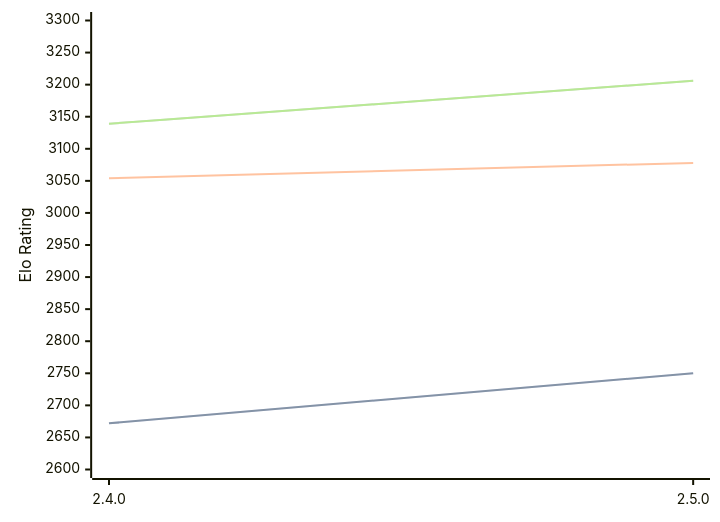
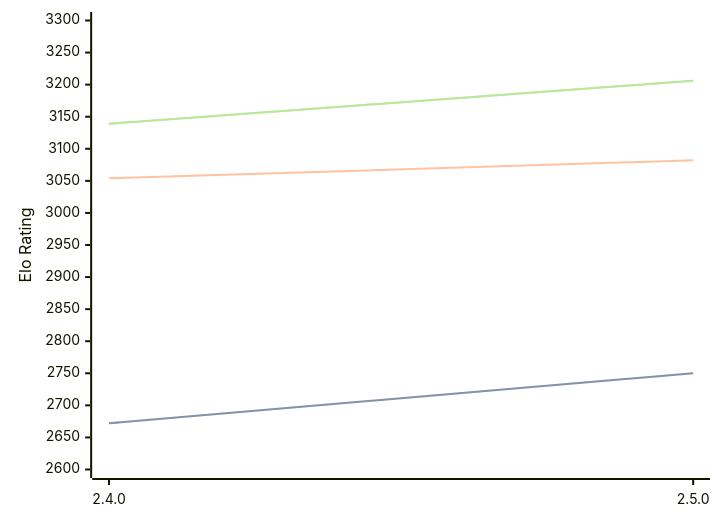
The diagram in engines/Sturddle2.md (computer-chess-index/cci), drawn with Mermaid before and after one commit. The commit also changed other lines of this file, not shown here.

````diff
--- a/engines/Sturddle2.md
+++ b/engines/Sturddle2.md
@@ -35,11 +35,11 @@
 ```mermaid
 %%{init: {"theme":"base","themeVariables":{"seriesColors:['#a3a3a3','#222221','#faa371']}}}%%
 xychart-beta
   x-axis ["2.4.0", "2.5.0"]
   y-axis "Elo Rating" 2600 --> 3300
   line "STC (8.0+0.08s)" [2672, 2750]
   line "STC (8.0+0.08s)" [2672, 2750]
-  line "LTC (60.0+0.60s)" [3054, 3078]
+  line "LTC (60.0+0.60s)" [3054, 3082]
   line "VLTC (2m24s+1.12s)" [3139, 3206]
   line "VLTC (2m24s+1.12s)" [3139, 3206]
 ```
````
